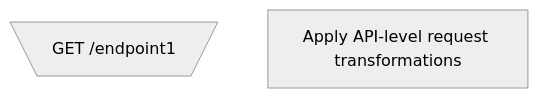
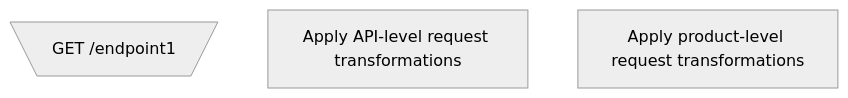
One commit to olschaefer/docs changed the diagram in api-management/transformations.mdx. Above: the diagram before and after it, drawn with Mermaid (neutral theme).

Commit message:
Documentation edits made through Mintlify web editor

````diff
--- a/api-management/transformations.mdx
+++ b/api-management/transformations.mdx
@@ -25,7 +25,9 @@
 ```mermaid
 graph TD
   input[\"GET /endpoint1"/]
   
   apply_api_req_tfs[Apply API-level request transformations]
+  apply_product_req_tfs[Apply product-level request transformations]
+  
 
 ```
````
